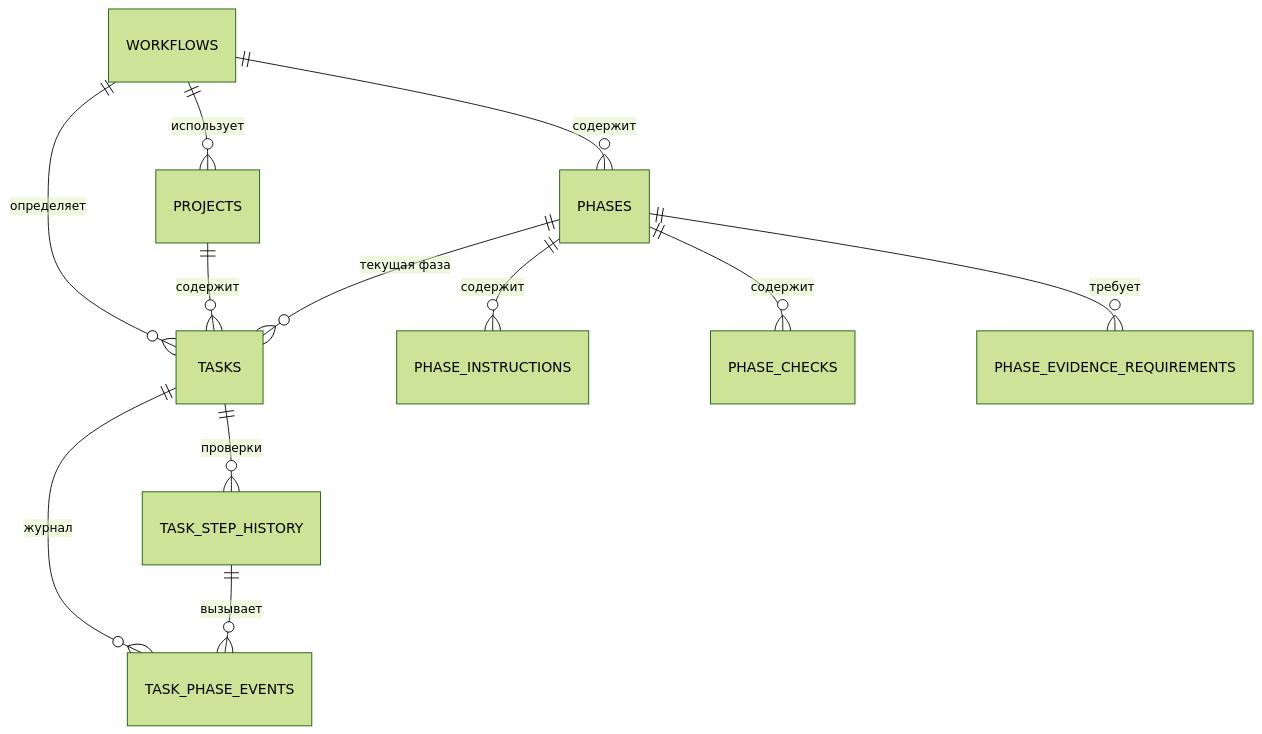
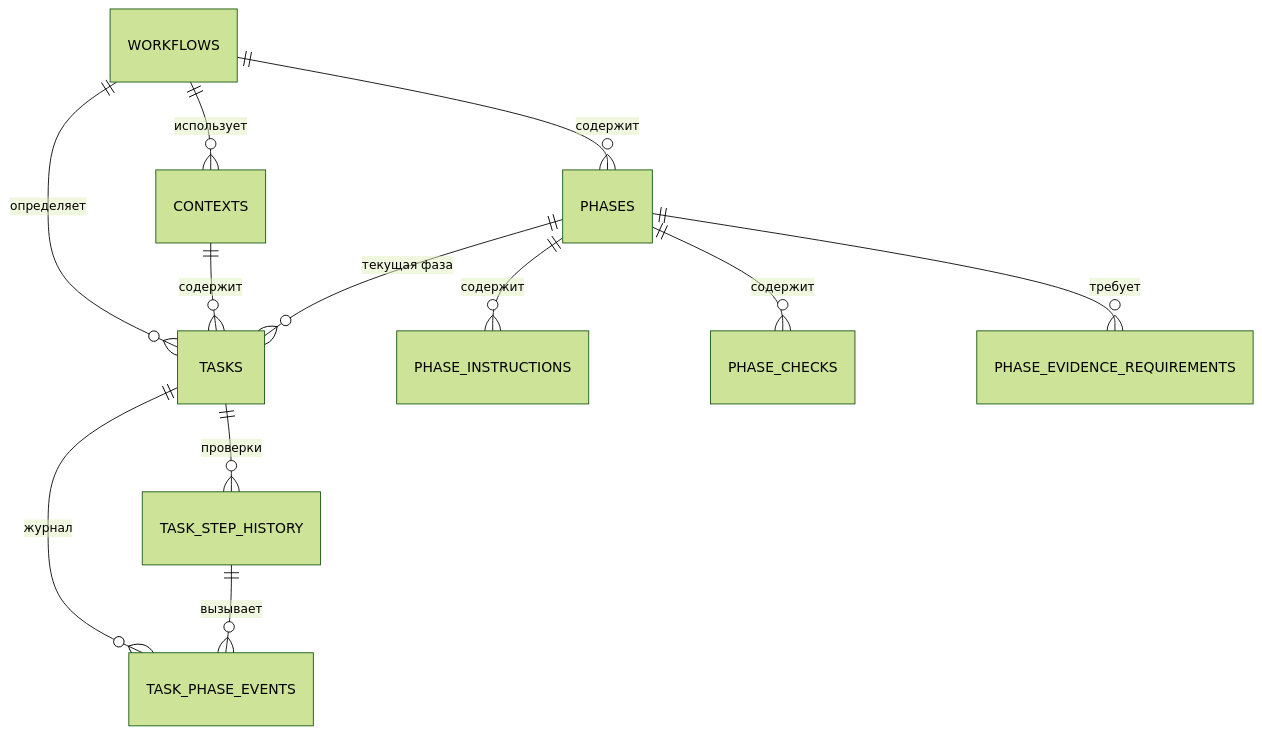
The second of 2 diagrams in README.md (FerrPOINT/project-workflow), drawn with Mermaid (forest theme) before and after one commit. The commit also changed other lines of this file and 45 other files, not shown here.

````diff
--- a/README.md
+++ b/README.md
@@ -181,14 +181,14 @@
 ```mermaid
 erDiagram
     WORKFLOWS ||--o{ PHASES : содержит
-    WORKFLOWS ||--o{ PROJECTS : использует
+    WORKFLOWS ||--o{ CONTEXTS : использует
     WORKFLOWS ||--o{ TASKS : определяет
-    PROJECTS ||--o{ TASKS : содержит
+    CONTEXTS ||--o{ TASKS : содержит
     PHASES ||--o{ PHASE_INSTRUCTIONS : содержит
     PHASES ||--o{ PHASE_CHECKS : содержит
     PHASES ||--o{ PHASE_EVIDENCE_REQUIREMENTS : требует
     PHASES ||--o{ TASKS : "текущая фаза"
     TASKS ||--o{ TASK_PHASE_EVENTS : журнал
     TASKS ||--o{ TASK_STEP_HISTORY : проверки
     TASK_STEP_HISTORY ||--o{ TASK_PHASE_EVENTS : вызывает
 ```
````
